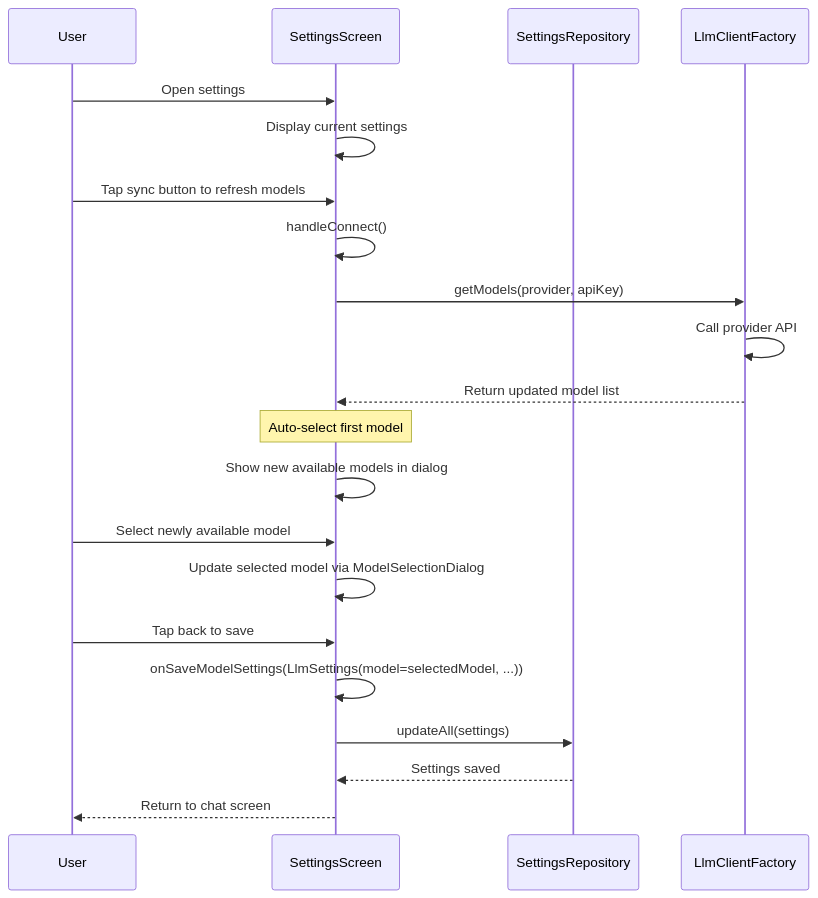
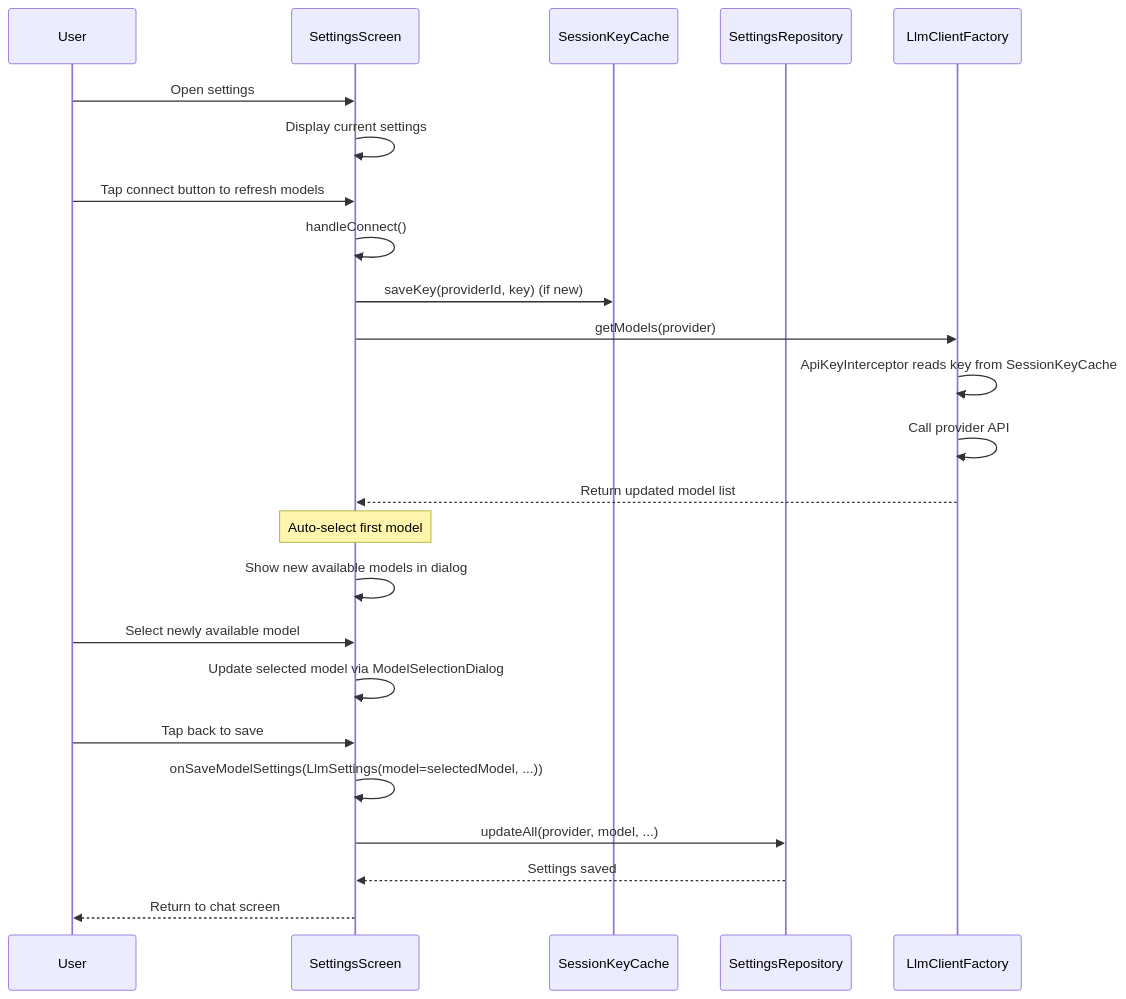
One commit to lehoang318/buddy changed diagram 11 of 11 in docs/seq_others.md. Above: the diagram before and after it, drawn with Mermaid. The commit also changed other lines of this file and 9 other files, not shown here.

````diff
--- a/docs/seq_others.md
+++ b/docs/seq_others.md
@@ -371,30 +383,33 @@
 ```mermaid
 sequenceDiagram
     participant User
     participant SettingsScreen
+    participant SessionKeyCache
     participant SettingsRepository
     participant LlmClientFactory
 
     User->>SettingsScreen: Open settings
     SettingsScreen->>SettingsScreen: Display current settings
 
-    User->>SettingsScreen: Tap sync button to refresh models
+    User->>SettingsScreen: Tap connect button to refresh models
     SettingsScreen->>SettingsScreen: handleConnect()
-    SettingsScreen->>LlmClientFactory: getModels(provider, apiKey)
+    SettingsScreen->>SessionKeyCache: saveKey(providerId, key) (if new)
+    SettingsScreen->>LlmClientFactory: getModels(provider)
+    LlmClientFactory->>LlmClientFactory: ApiKeyInterceptor reads key from SessionKeyCache
     LlmClientFactory->>LlmClientFactory: Call provider API
     LlmClientFactory-->>SettingsScreen: Return updated model list
 
     Note over SettingsScreen: Auto-select first model
 
     SettingsScreen->>SettingsScreen: Show new available models in dialog
 
     User->>SettingsScreen: Select newly available model
     SettingsScreen->>SettingsScreen: Update selected model via ModelSelectionDialog
 
     User->>SettingsScreen: Tap back to save
     SettingsScreen->>SettingsScreen: onSaveModelSettings(LlmSettings(model=selectedModel, ...))
-    SettingsScreen->>SettingsRepository: updateAll(settings)
+    SettingsScreen->>SettingsRepository: updateAll(provider, model, ...)
     SettingsRepository-->>SettingsScreen: Settings saved
 
     SettingsScreen-->>User: Return to chat screen
 ```
````
